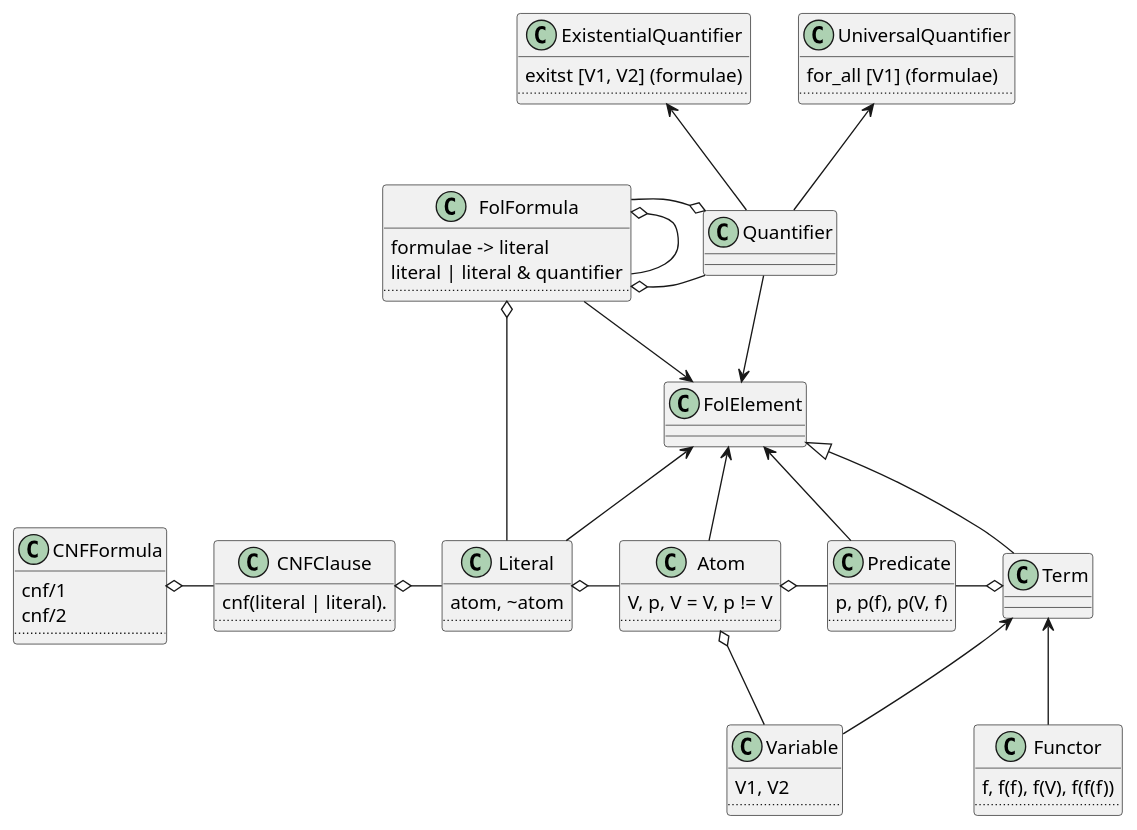
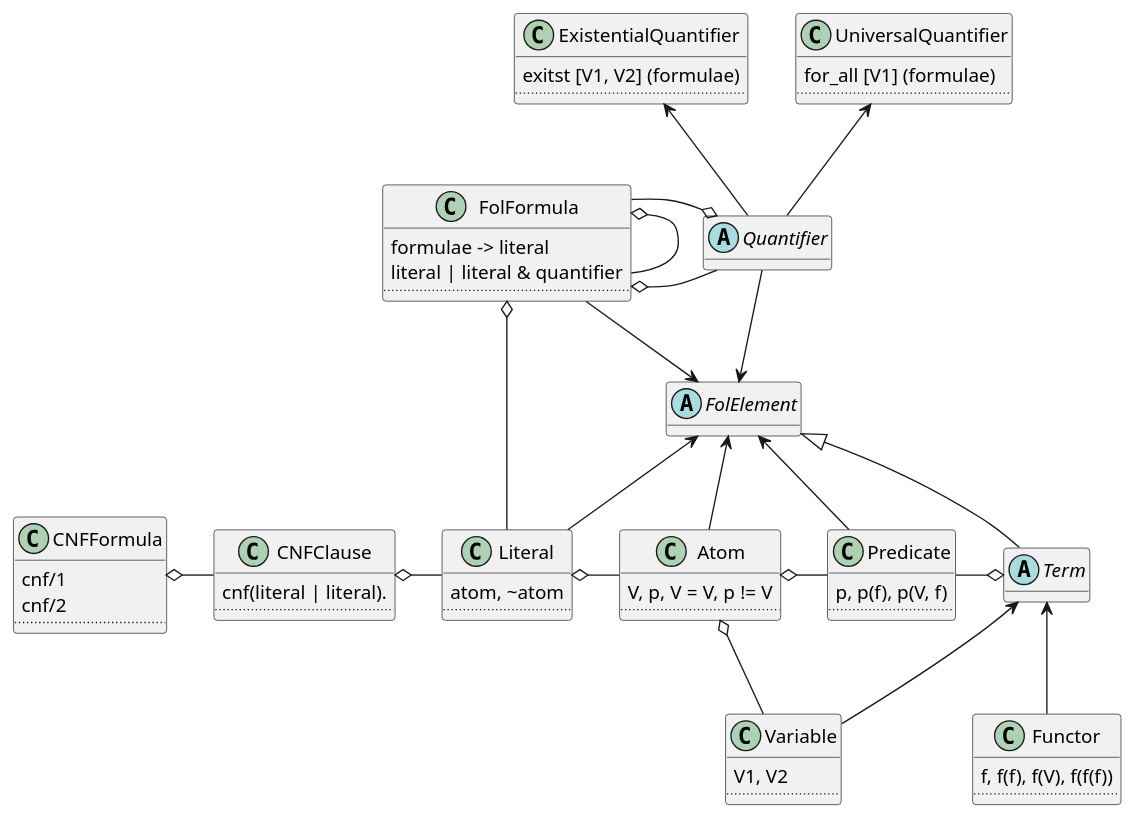
One commit to Mateusz-Grzelinski/set-research-documentation changed the diagram in logic-formula-generator/fol/fol_elements.puml. Above: the diagram before and after it, drawn with PlantUML. The commit also changed 11 other files, not shown here.

```diff
--- a/logic-formula-generator/fol/fol_elements.puml
+++ b/logic-formula-generator/fol/fol_elements.puml
@@ -2,80 +2,91 @@
 @startuml
 
 Quantifier  --> FolElement
 ExistentialQuantifier <-- Quantifier
 UniversalQuantifier <-- Quantifier
 
 FolFormula --> FolElement
 FolElement <-- Literal
 FolElement <-- Atom
 FolElement <-- Predicate
 FolElement <|-- Term
 Term <-- Functor
 Term <-- Variable
 
 /' ExistentialQuantifier -[hidden]- Literal  '/
 /' UniversalQuantifier-[hidden]- Literal  '/
 
 CNFFormula o- CNFClause
 FolFormula o- Quantifier
 FolFormula -o Quantifier
 FolFormula o- FolFormula
 
 FolFormula o- Literal
 CNFClause o- Literal
 Literal o- Atom
 Atom o- Predicate
 Atom o- Variable
 Predicate -o Term
 
+hide fields
+
 class CNFFormula {
 	cnf/1
 	cnf/2
 	..
+}
+
+abstract class Quantifier {
 }
 
 class ExistentialQuantifier {
 	exitst [V1, V2] (formulae)
 	..
 }
 class UniversalQuantifier{
 	for_all [V1] (formulae)
 	..
 }
 
 class CNFClause {
 	cnf(literal | literal).
 	..
 }
 
 class FolFormula {
 	formulae -> literal
 	literal | literal & quantifier
 	..
 }
 
 class Literal {
 	atom, ~atom
 	..
 }
 
 class Atom {
 	V, p, V = V, p != V
 	..
 }
 
 class Predicate {
 	p, p(f), p(V, f)
 	..
 }
 
 class Functor {
 	f, f(f), f(V), f(f(f))
 	..
 }
 
 class Variable {
 	V1, V2
 	..
 }
+
+abstract class Term {
+}
+
+abstract class FolElement {
+}
 @enduml
```
